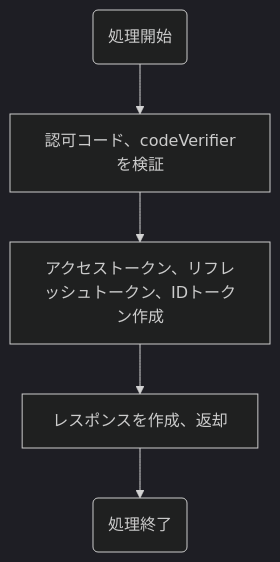
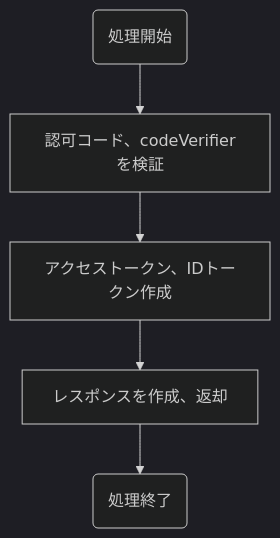
Before and after one commit to nob-islan/nob-openid-connect: the diagram in docs/business-flow/op/Token-issue.md, drawn with Mermaid. The commit also changed 12 other files, not shown here.

````diff
--- a/docs/business-flow/op/Token-issue.md
+++ b/docs/business-flow/op/Token-issue.md
@@ -3,8 +3,8 @@
 ```mermaid
 %%{init:{'theme':'dark'}}%%
 graph TD;
     A(処理開始) --> B[認可コード、codeVerifierを検証]
-    B --> C[アクセストークン、リフレッシュトークン、IDトークン作成]
+    B --> C[アクセストークン、IDトークン作成]
     C --> D[レスポンスを作成、返却]
     D --> E(処理終了)
 ```
````
